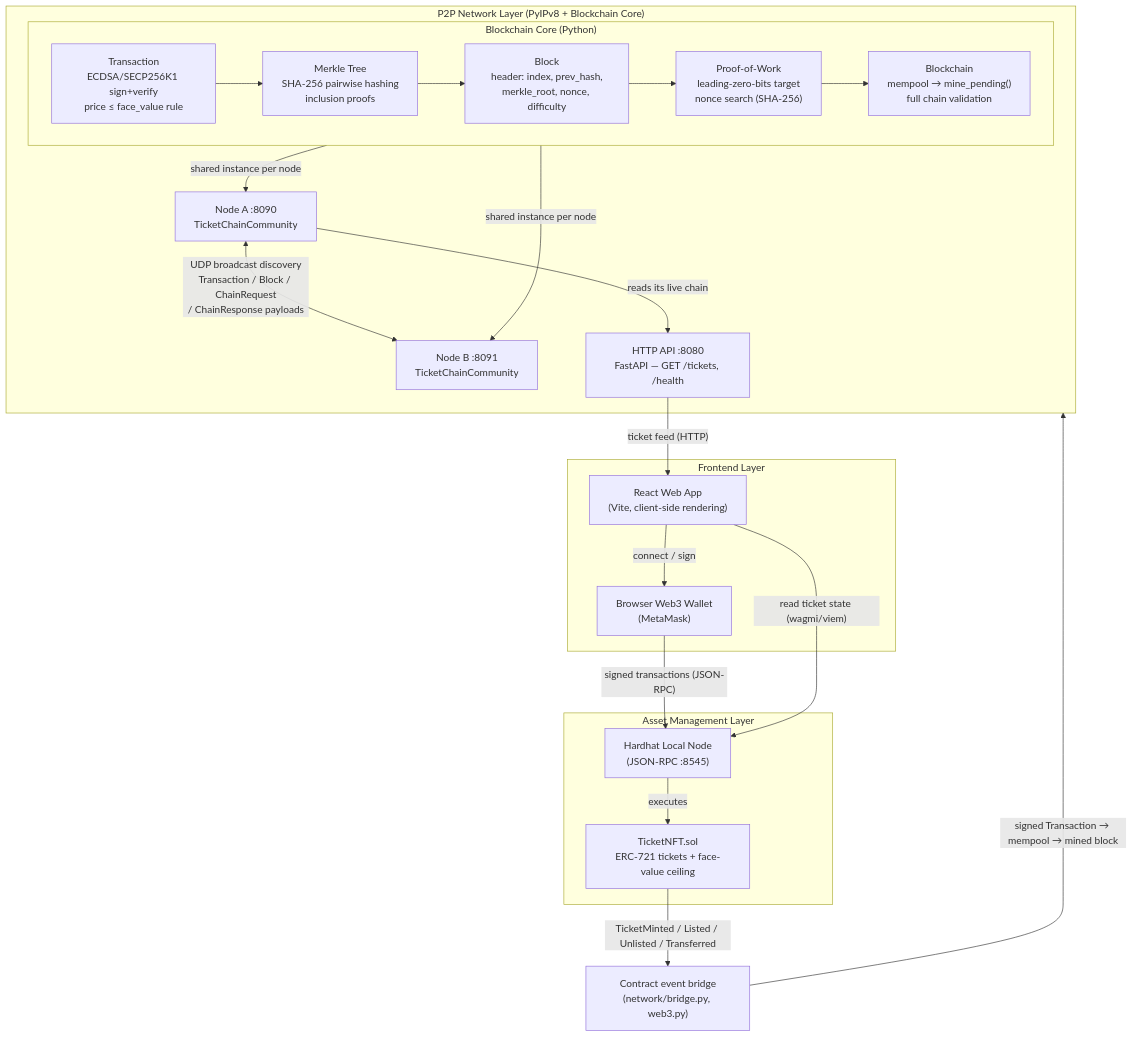
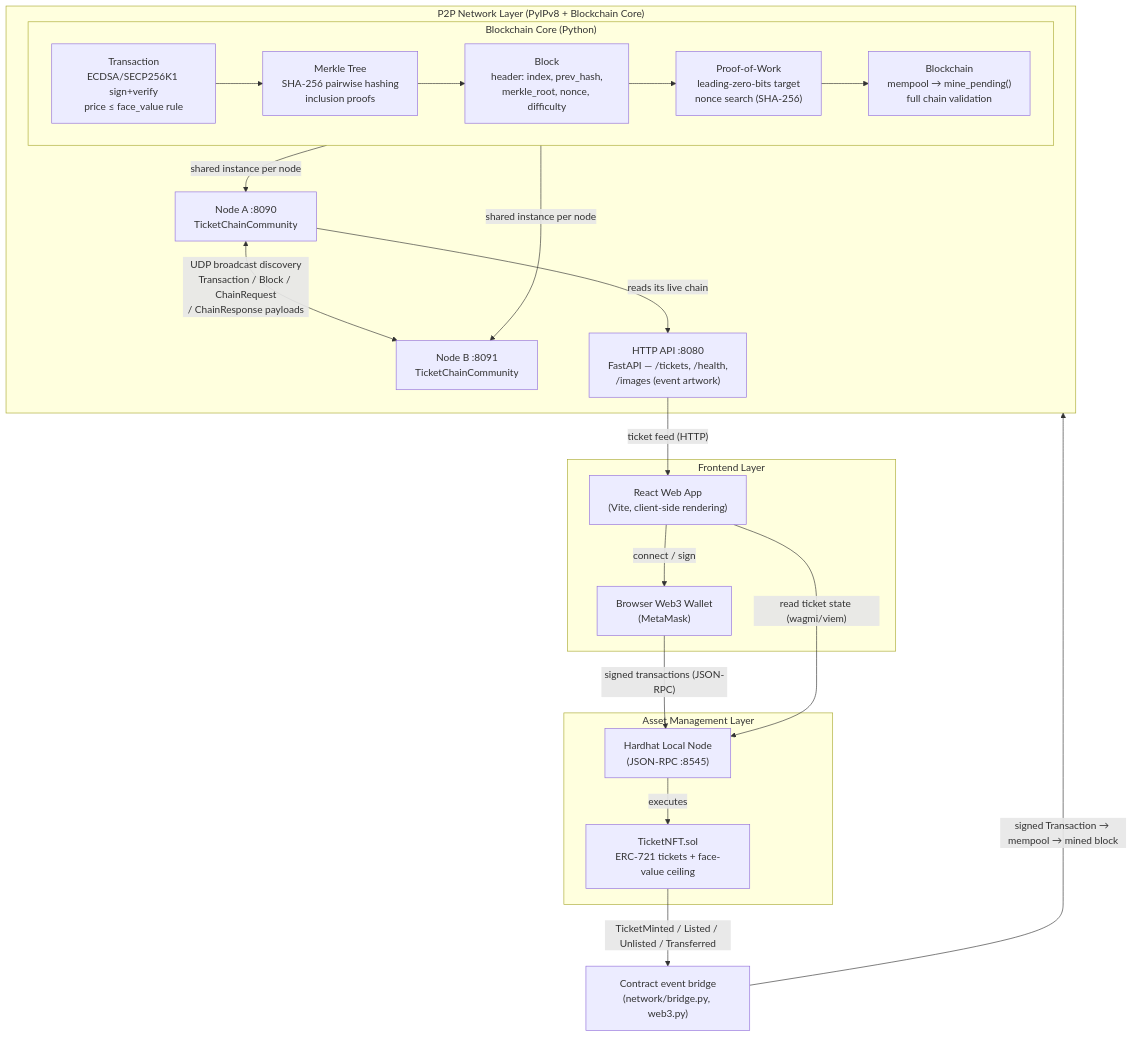
One commit to Zetchu/ticket-chain changed the diagram in docs/architecture.md. Above: the diagram before and after it, drawn with Mermaid. The commit also changed other lines of this file and 8 other files, not shown here.

First line of the commit message:
feat: let organizers upload event artwork

````diff
--- a/docs/architecture.md
+++ b/docs/architecture.md
@@ -8,40 +8,40 @@
 ```mermaid
 flowchart TB
     subgraph Client["Frontend Layer"]
         UI["React Web App<br/>(Vite, client-side rendering)"]
         Wallet["Browser Web3 Wallet<br/>(MetaMask)"]
         UI -- "connect / sign" --> Wallet
     end
 
     subgraph Chain["Asset Management Layer"]
         Node["Hardhat Local Node<br/>(JSON-RPC :8545)"]
         SC["TicketNFT.sol<br/>ERC-721 tickets + face-value ceiling"]
         Node -- "executes" --> SC
     end
 
     subgraph P2P["P2P Network Layer (PyIPv8 + Blockchain Core)"]
         subgraph BC["Blockchain Core (Python)"]
             TX["Transaction<br/>ECDSA/SECP256K1 sign+verify<br/>price ≤ face_value rule"]
             MK["Merkle Tree<br/>SHA-256 pairwise hashing<br/>inclusion proofs"]
             BL["Block<br/>header: index, prev_hash,<br/>merkle_root, nonce, difficulty"]
             PW["Proof-of-Work<br/>leading-zero-bits target<br/>nonce search (SHA-256)"]
             CH["Blockchain<br/>mempool → mine_pending()<br/>full chain validation"]
             TX --> MK --> BL --> PW --> CH
         end
         A["Node A :8090<br/>TicketChainCommunity"]
         B["Node B :8091<br/>TicketChainCommunity"]
         A <-- "UDP broadcast discovery<br/>Transaction / Block / ChainRequest<br/>/ ChainResponse payloads" --> B
         BC -- "shared instance per node" --> A
         BC -- "shared instance per node" --> B
-        API["HTTP API :8080<br/>FastAPI — GET /tickets, /health"]
+        API["HTTP API :8080<br/>FastAPI — /tickets, /health,<br/>/images (event artwork)"]
         A -- "reads its live chain" --> API
     end
 
     Bridge["Contract event bridge<br/>(network/bridge.py, web3.py)"]
 
     Wallet -- "signed transactions (JSON-RPC)" --> Node
     UI -- "read ticket state (wagmi/viem)" --> Node
     SC -- "TicketMinted / Listed / Unlisted / Transferred" --> Bridge
     Bridge -- "signed Transaction → mempool → mined block" --> P2P
     API -- "ticket feed (HTTP)" --> UI
 ```
````
